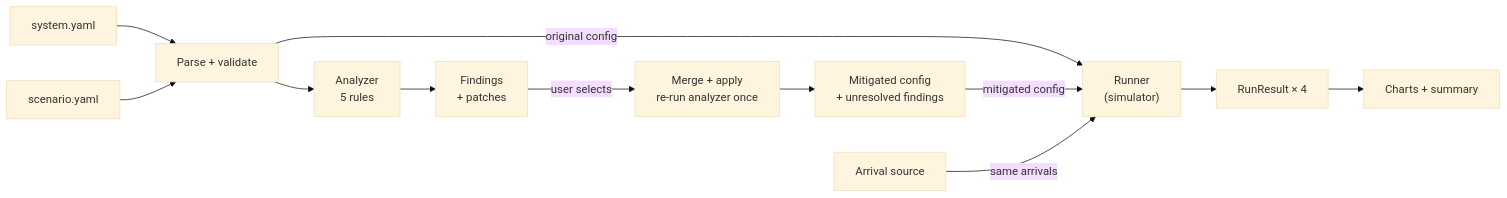
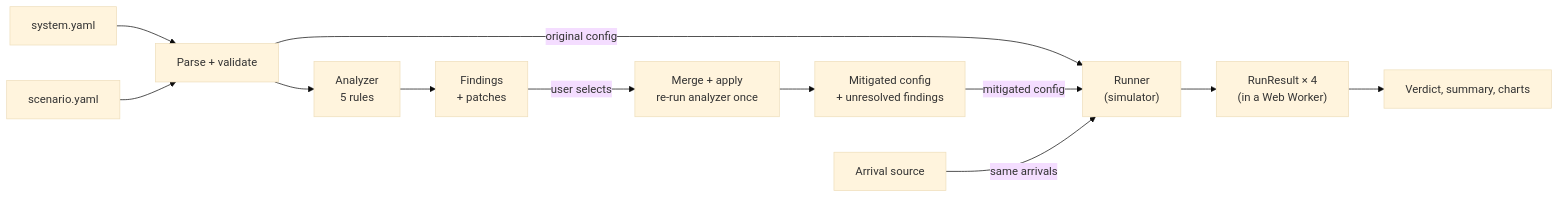
One commit to rgrandl/config-analyzer changed the first of 6 diagrams in DESIGN.md. Above: the diagram before and after it, drawn with Mermaid (base theme). The commit also changed other lines of this file and 7 other files, not shown here.

First line of the commit message:
Add simulation results: worker, summary, charts

````diff
--- a/DESIGN.md
+++ b/DESIGN.md
@@ -43,14 +43,14 @@
 ```mermaid
 flowchart LR
     SYS["system.yaml"] --> P["Parse + validate"]
     SCN["scenario.yaml"] --> P
     P --> A["Analyzer<br/>5 rules"]
     A --> F["Findings<br/>+ patches"]
     F -->|user selects| M["Merge + apply<br/>re-run analyzer once"]
     M --> MC["Mitigated config<br/>+ unresolved findings"]
     P -->|original config| R["Runner<br/>(simulator)"]
     MC -->|mitigated config| R
     AS["Arrival source"] -->|same arrivals| R
-    R --> RR["RunResult × 4"]
-    RR --> UI["Charts + summary"]
+    R --> RR["RunResult × 4<br/>(in a Web Worker)"]
+    RR --> UI["Verdict, summary, charts"]
 ```
````
